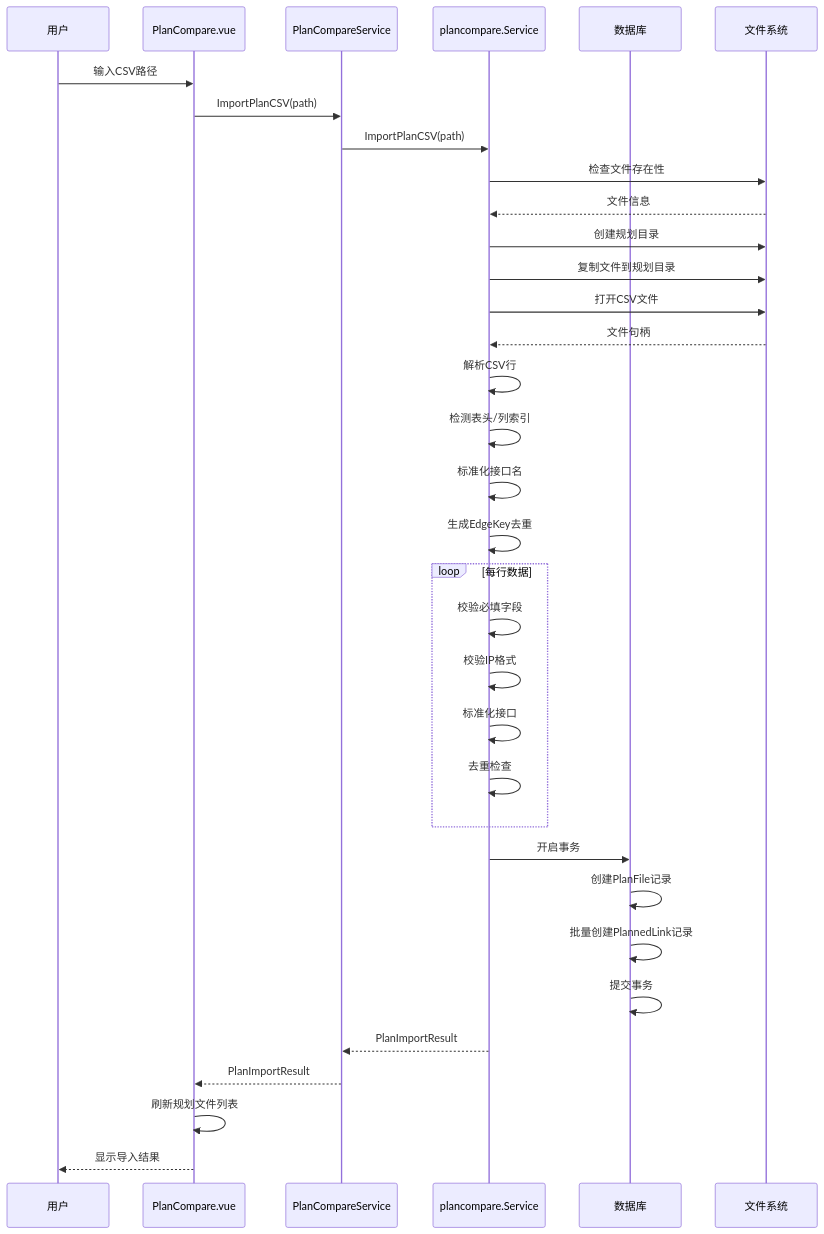
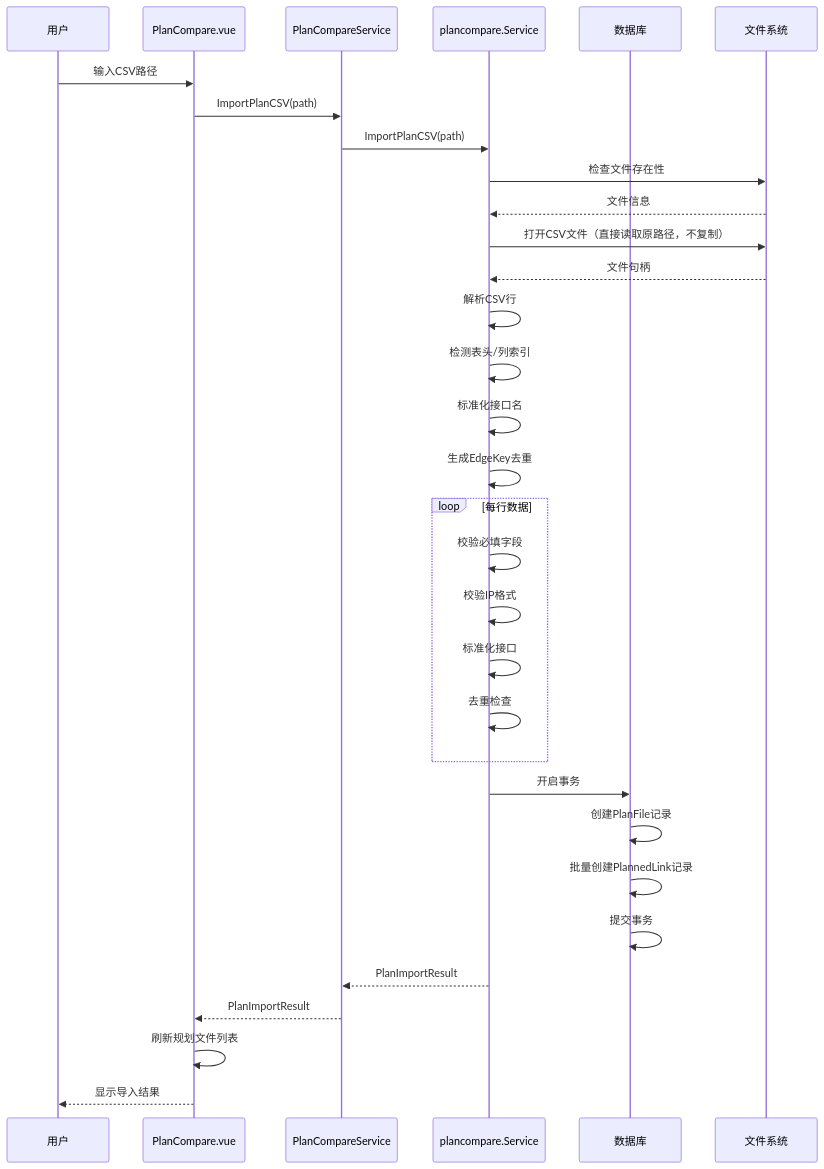
The first of 4 diagrams in docs/功能模块说明书/配置比对模块功能和逻辑.md (DeavorWei/NetWeaverGo), drawn with Mermaid before and after one commit. The commit also changed other lines of this file and 14 other files, not shown here.

````diff
--- a/docs/功能模块说明书/配置比对模块功能和逻辑.md
+++ b/docs/功能模块说明书/配置比对模块功能和逻辑.md
@@ -273,44 +273,41 @@
 ```mermaid
 sequenceDiagram
     participant User as 用户
     participant Vue as PlanCompare.vue
     participant Service as PlanCompareService
     participant Core as plancompare.Service
     participant DB as 数据库
     participant FS as 文件系统
 
     User->>Vue: 输入CSV路径
     Vue->>Service: ImportPlanCSV(path)
     Service->>Core: ImportPlanCSV(path)
     
     Core->>FS: 检查文件存在性
     FS-->>Core: 文件信息
     
-    Core->>FS: 创建规划目录
-    Core->>FS: 复制文件到规划目录
-    
-    Core->>FS: 打开CSV文件
+    Core->>FS: 打开CSV文件（直接读取原路径，不复制）
     FS-->>Core: 文件句柄
     
     Core->>Core: 解析CSV行
     Core->>Core: 检测表头/列索引
     Core->>Core: 标准化接口名
     Core->>Core: 生成EdgeKey去重
     
     loop 每行数据
         Core->>Core: 校验必填字段
         Core->>Core: 校验IP格式
         Core->>Core: 标准化接口
         Core->>Core: 去重检查
     end
     
     Core->>DB: 开启事务
     DB->>DB: 创建PlanFile记录
     DB->>DB: 批量创建PlannedLink记录
     DB->>DB: 提交事务
     
     Core-->>Service: PlanImportResult
     Service-->>Vue: PlanImportResult
     Vue->>Vue: 刷新规划文件列表
     Vue-->>User: 显示导入结果
 ```
````
